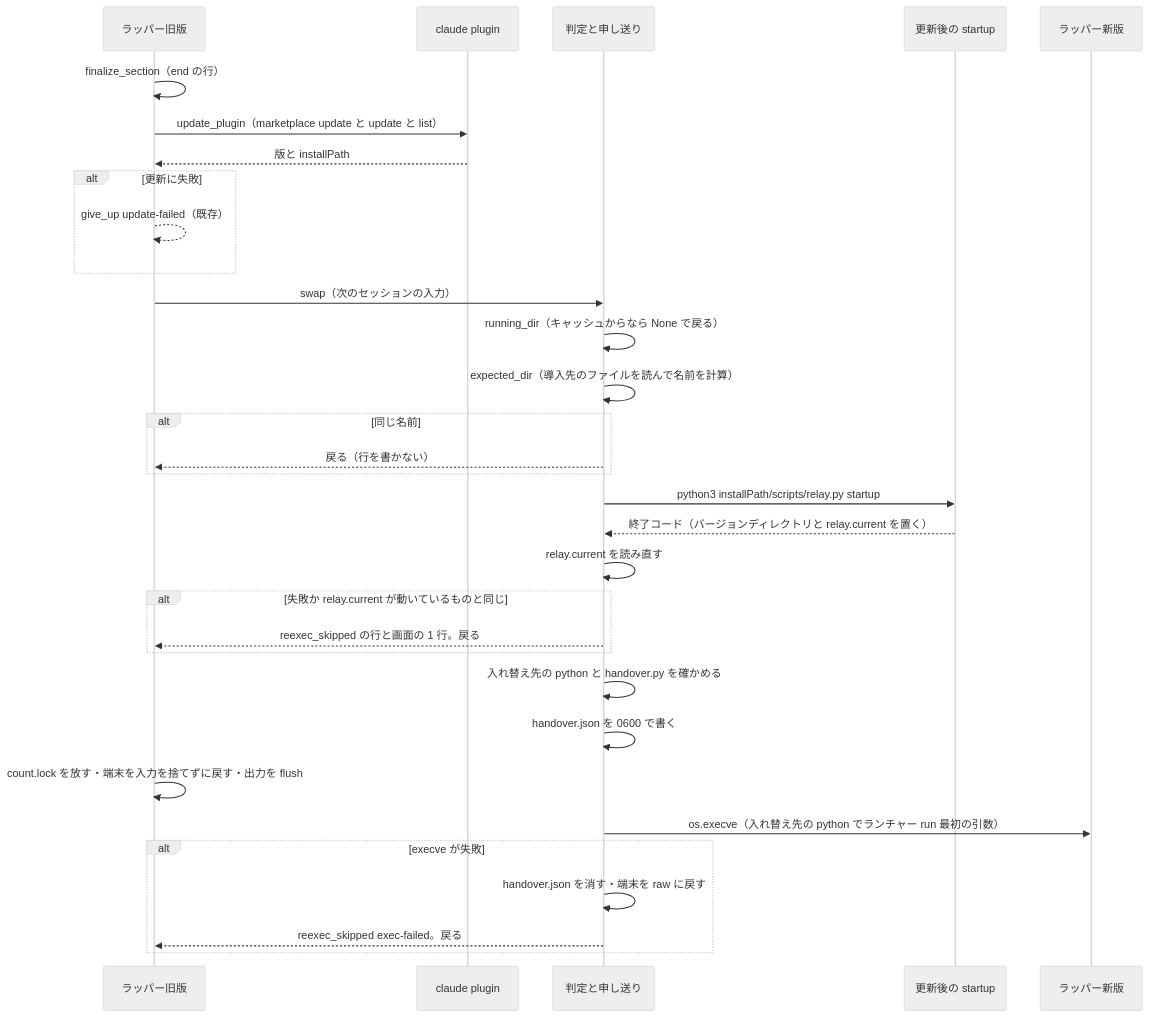
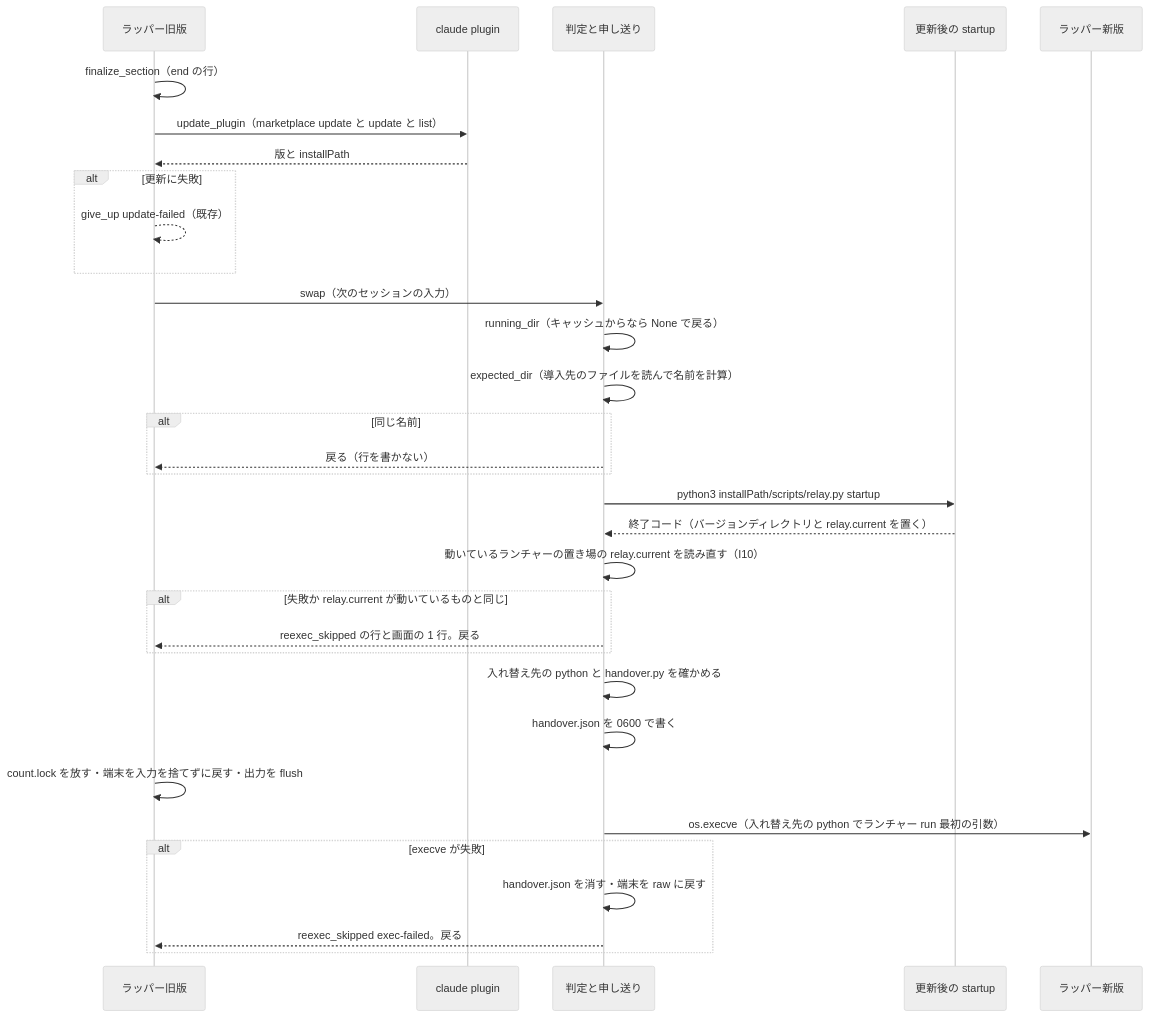
Before and after one commit to devbasex/ai-plugins: the fifth of 7 diagrams in issues/issue-1587-design.md, drawn with Mermaid (neutral theme). The commit also changed other lines of this file, not shown here.

````diff
--- a/issues/issue-1587-design.md
+++ b/issues/issue-1587-design.md
@@ -330,34 +333,34 @@
 ```mermaid
 sequenceDiagram
     participant R as ラッパー旧版
     participant P as claude plugin
     participant H as 判定と申し送り
     participant S as 更新後の startup
     participant N as ラッパー新版
     R->>R: finalize_section（end の行）
     R->>P: update_plugin（marketplace update と update と list）
     P-->>R: 版と installPath
     alt 更新に失敗
         R-->>R: give_up update-failed（既存）
     end
     R->>H: swap（次のセッションの入力）
     H->>H: running_dir（キャッシュからなら None で戻る）
     H->>H: expected_dir（導入先のファイルを読んで名前を計算）
     alt 同じ名前
         H-->>R: 戻る（行を書かない）
     end
     H->>S: python3 installPath/scripts/relay.py startup
     S-->>H: 終了コード（バージョンディレクトリと relay.current を置く）
-    H->>H: relay.current を読み直す
+    H->>H: 動いているランチャーの置き場の relay.current を読み直す（I10）
     alt 失敗か relay.current が動いているものと同じ
         H-->>R: reexec_skipped の行と画面の 1 行。戻る
     end
     H->>H: 入れ替え先の python と handover.py を確かめる
     H->>H: handover.json を 0600 で書く
     R->>R: count.lock を放す・端末を入力を捨てずに戻す・出力を flush
     H->>N: os.execve（入れ替え先の python でランチャー run 最初の引数）
     alt execve が失敗
         H->>H: handover.json を消す・端末を raw に戻す
         H-->>R: reexec_skipped exec-failed。戻る
     end
 ```
````
